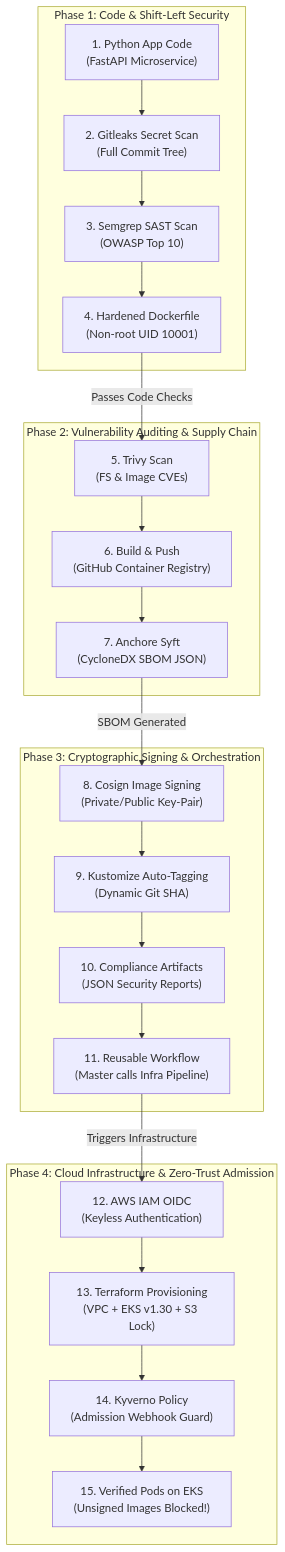
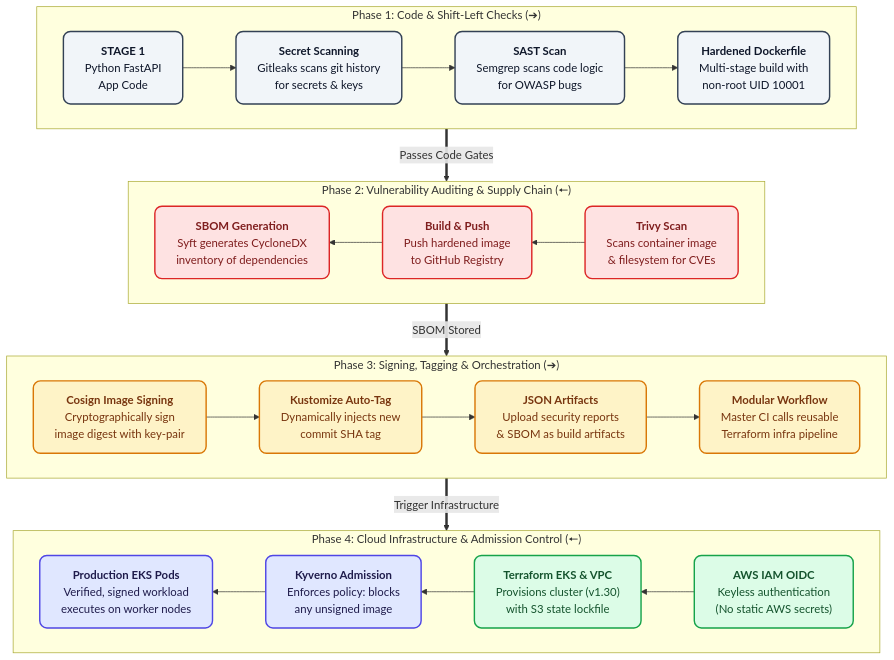
The diagram in README.md (himanshu2oo4/Zero-Trust-Software-Supply-Chain-Pipeline-SLSA-Compliant), drawn with Mermaid before and after one commit.

Commit message:
[skip ci]

````diff
--- a/README.md
+++ b/README.md
@@ -31,34 +31,43 @@
 ```mermaid
 flowchart TD
-    %% Phase 1
-    subgraph P1 ["Phase 1: Code & Shift-Left Security"]
-        A1["1. Python App Code<br/>(FastAPI Microservice)"] --> A2["2. Gitleaks Secret Scan<br/>(Full Commit Tree)"]
-        A2 --> A3["3. Semgrep SAST Scan<br/>(OWASP Top 10)"]
-        A3 --> A4["4. Hardened Dockerfile<br/>(Non-root UID 10001)"]
+    %% High-Contrast Styling
+    classDef stage1 fill:#f1f5f9,stroke:#334155,stroke-width:2px,rx:10px,ry:10px,color:#0f172a;
+    classDef stage2 fill:#fee2e2,stroke:#dc2626,stroke-width:2px,rx:10px,ry:10px,color:#7f1d1d;
+    classDef stage3 fill:#fef3c7,stroke:#d97706,stroke-width:2px,rx:10px,ry:10px,color:#78350f;
+    classDef stage4 fill:#dcfce7,stroke:#16a34a,stroke-width:2px,rx:10px,ry:10px,color:#14532d;
+    classDef stage5 fill:#e0e7ff,stroke:#4f46e5,stroke-width:2px,rx:10px,ry:10px,color:#1e1b4b;
+    subgraph R1 ["Phase 1: Code & Shift-Left Checks (➔)"]
+        direction LR
+        S1["<b>STAGE 1</b><br/>Python FastAPI<br/>App Code"]:::stage1
+        S2["<b>Secret Scanning</b><br/>Gitleaks scans git history<br/>for secrets & keys"]:::stage1
+        S3["<b>SAST Scan</b><br/>Semgrep scans code logic<br/>for OWASP bugs"]:::stage1
+        S4["<b>Hardened Dockerfile</b><br/>Multi-stage build with<br/>non-root UID 10001"]:::stage1
+        S1 --> S2 --> S3 --> S4
     end
-
-    %% Phase 2
-    subgraph P2 ["Phase 2: Vulnerability Auditing & Supply Chain"]
-        B1["5. Trivy Scan<br/>(FS & Image CVEs)"] --> B2["6. Build & Push<br/>(GitHub Container Registry)"]
-        B2 --> B3["7. Anchore Syft<br/>(CycloneDX SBOM JSON)"]
+    subgraph R2 ["Phase 2: Vulnerability Auditing & Supply Chain (🠔)"]
+        direction RL
+        S5["<b>Trivy Scan</b><br/>Scans container image<br/>& filesystem for CVEs"]:::stage2
+        S6["<b>Build & Push</b><br/>Push hardened image<br/>to GitHub Registry"]:::stage2
+        S7["<b>SBOM Generation</b><br/>Syft generates CycloneDX<br/>inventory of dependencies"]:::stage2
+        S5 --> S6 --> S7
     end
-
-    %% Phase 3
-    subgraph P3 ["Phase 3: Cryptographic Signing & Orchestration"]
-        C1["8. Cosign Image Signing<br/>(Private/Public Key-Pair)"] --> C2["9. Kustomize Auto-Tagging<br/>(Dynamic Git SHA)"]
-        C2 --> C3["10. Compliance Artifacts<br/>(JSON Security Reports)"]
-        C3 --> C4["11. Reusable Workflow<br/>(Master calls Infra Pipeline)"]
+    subgraph R3 ["Phase 3: Signing, Tagging & Orchestration (➔)"]
+        direction LR
+        S8["<b>Cosign Image Signing</b><br/>Cryptographically sign<br/>image digest with key-pair"]:::stage3
+        S9["<b>Kustomize Auto-Tag</b><br/>Dynamically injects new<br/>commit SHA tag"]:::stage3
+        S10["<b>JSON Artifacts</b><br/>Upload security reports<br/>& SBOM as build artifacts"]:::stage3
+        S11["<b>Modular Workflow</b><br/>Master CI calls reusable<br/>Terraform infra pipeline"]:::stage3
+        S8 --> S9 --> S10 --> S11
     end
-
-    %% Phase 4
-    subgraph P4 ["Phase 4: Cloud Infrastructure & Zero-Trust Admission"]
-        D1["12. AWS IAM OIDC<br/>(Keyless Authentication)"] --> D2["13. Terraform Provisioning<br/>(VPC + EKS v1.30 + S3 Lock)"]
-        D2 --> D3["14. Kyverno Policy<br/>(Admission Webhook Guard)"]
-        D3 --> D4["15. Verified Pods on EKS<br/>(Unsigned Images Blocked!)"]
+    subgraph R4 ["Phase 4: Cloud Infrastructure & Admission Control (🠔)"]
+        direction RL
+        S12["<b>AWS IAM OIDC</b><br/>Keyless authentication<br/>(No static AWS secrets)"]:::stage4
+        S13["<b>Terraform EKS & VPC</b><br/>Provisions cluster (v1.30)<br/>with S3 state lockfile"]:::stage4
+        S14["<b>Kyverno Admission</b><br/>Enforces policy: blocks<br/>any unsigned image"]:::stage5
+        S15["<b>Production EKS Pods</b><br/>Verified, signed workload<br/>executes on worker nodes"]:::stage5
+        S12 --> S13 --> S14 --> S15
     end
-
-    %% Connections Between Phases
-    A4 -->|Passes Code Checks| B1
-    B3 -->|SBOM Generated| C1
-    C4 -->|Triggers Infrastructure| D1
+    S4 ==>|Passes Code Gates| S5
+    S7 ==>|SBOM Stored| S8
+    S11 ==>|Trigger Infrastructure| S12
 ```
````
